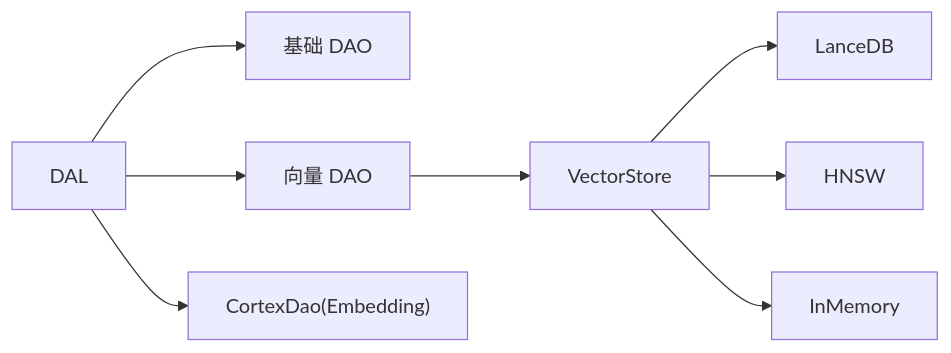
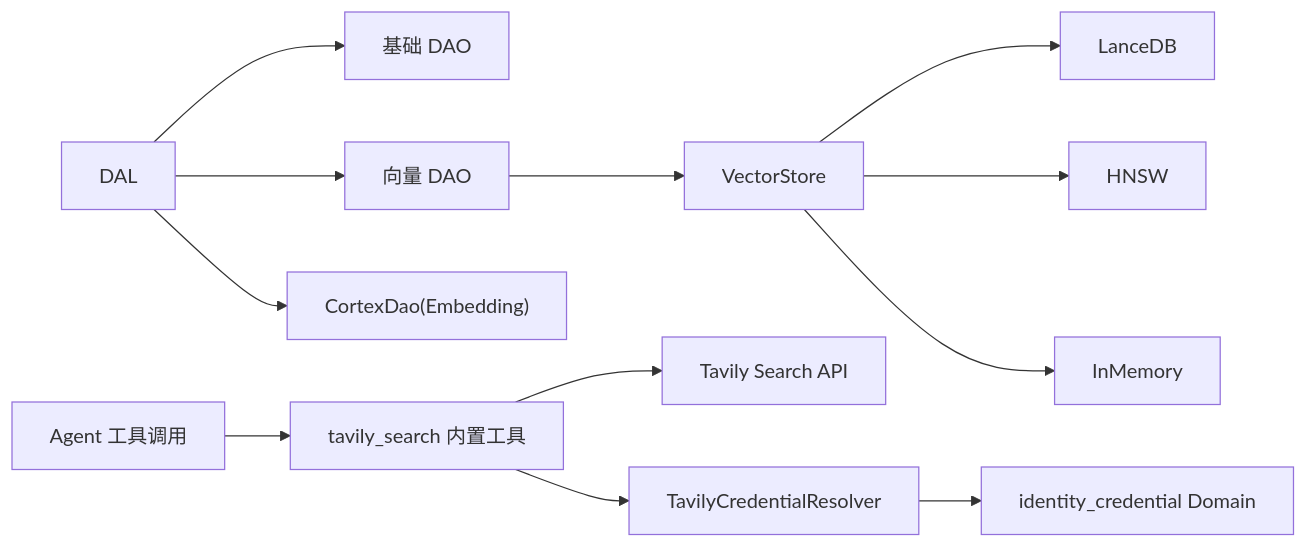
One commit to runningcoders/ai_orz changed the eighth of 8 diagrams in docs/wiki/zh/content/项目概述/核心功能特性/综合搜索能力/综合搜索能力.md. Above: the diagram before and after it, drawn with Mermaid. The commit also changed other lines of this file and 33 other files, not shown here.

````diff
--- a/docs/wiki/zh/content/项目概述/核心功能特性/综合搜索能力/综合搜索能力.md
+++ b/docs/wiki/zh/content/项目概述/核心功能特性/综合搜索能力/综合搜索能力.md
@@ -273,10 +290,14 @@
 ```mermaid
 graph LR
 DAL["DAL"] --> BaseDAO["基础 DAO"]
 DAL --> VecDAO["向量 DAO"]
 VecDAO --> Store["VectorStore"]
 Store --> Lance["LanceDB"]
 Store --> Hnsw["HNSW"]
 Store --> Mem["InMemory"]
 DAL --> Cortex["CortexDao(Embedding)"]
+Agent["Agent 工具调用"] --> TavilyTool["tavily_search 内置工具"]
+TavilyTool --> TavilyAPI["Tavily Search API"]
+TavilyTool --> CredResolver["TavilyCredentialResolver"]
+CredResolver --> IdentityDomain["identity_credential Domain"]
 ```
````
